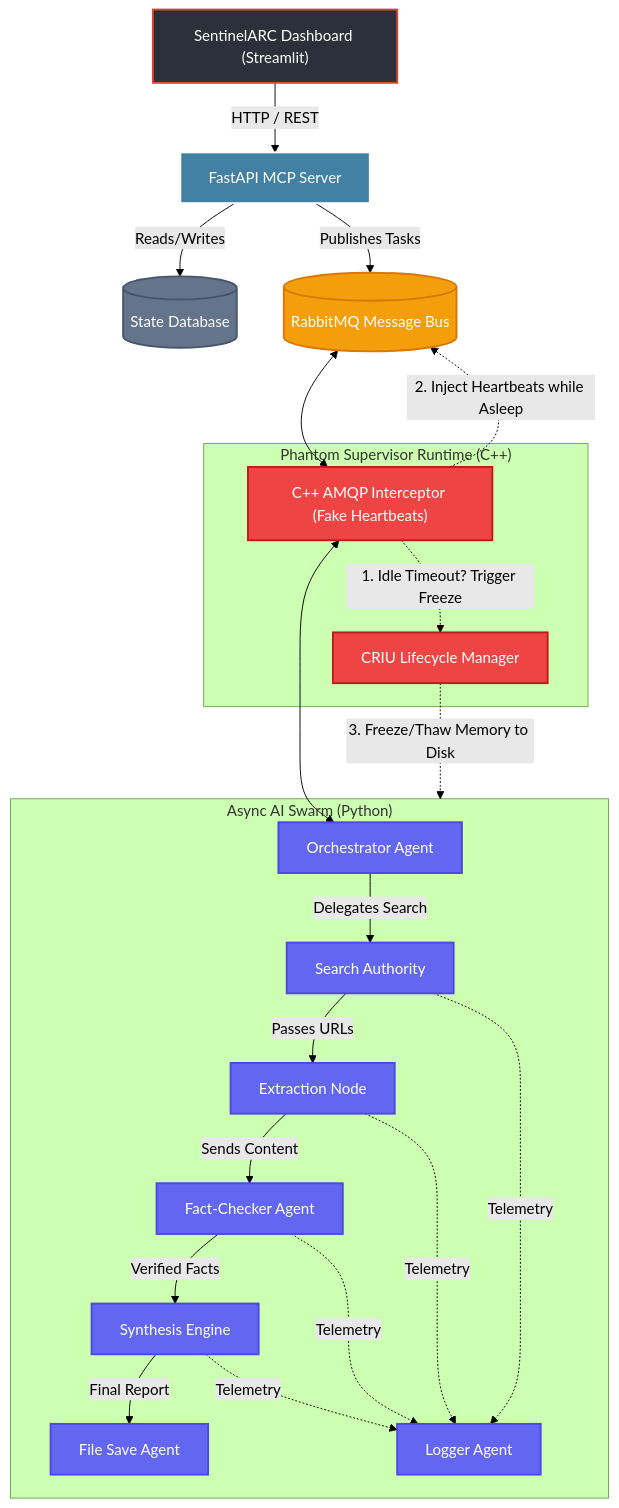
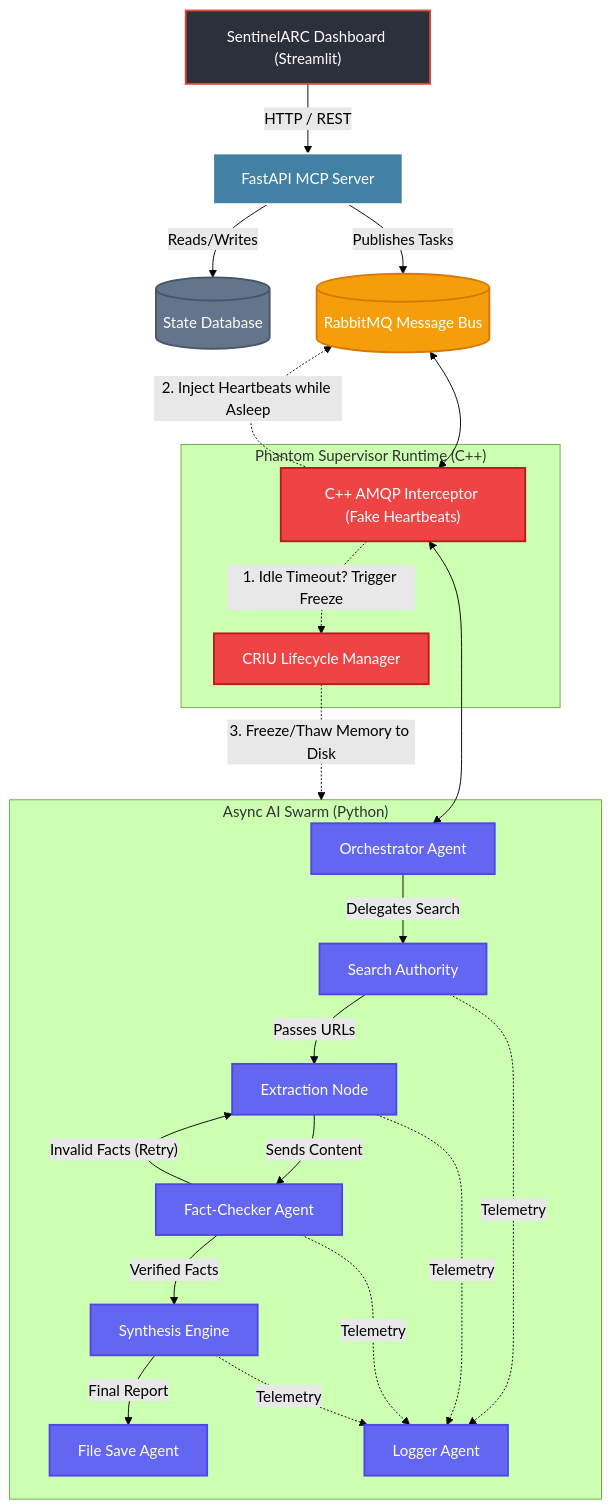
The diagram in README.md (Ashishparmar265/SentinelARC), drawn with Mermaid (forest theme) before and after one commit.

Commit message:
Add 'Invalid Facts (Retry)' transition to flow

````diff
--- a/README.md
+++ b/README.md
@@ -16,52 +16,53 @@
 ```mermaid
 flowchart TD
     %% Styles
     classDef frontend fill:#2b303a,color:#fff,stroke:#d64933,stroke-width:2px;
     classDef backend fill:#4281a4,color:#fff,stroke:#fff,stroke-width:2px;
     classDef broker fill:#f59e0b,color:#fff,stroke:#d97706,stroke-width:2px;
     classDef cpp fill:#ef4444,color:#fff,stroke:#b91c1c,stroke-width:2px;
     classDef python fill:#6366f1,color:#fff,stroke:#4f46e5,stroke-width:2px;
     classDef storage fill:#64748b,color:#fff,stroke:#475569,stroke-width:2px;
 
     UI["SentinelARC Dashboard (Streamlit)"]:::frontend
     FAST["FastAPI MCP Server"]:::backend
     DB[("State Database")]:::storage
     RMQ[("RabbitMQ Message Bus")]:::broker
 
     UI -->|"HTTP / REST"| FAST
     FAST -->|"Reads/Writes"| DB
     FAST -->|"Publishes Tasks"| RMQ
 
     subgraph Phantom_Supervisor["Phantom Supervisor Runtime (C++)"]
         PROXY["C++ AMQP Interceptor (Fake Heartbeats)"]:::cpp
         CRIU["CRIU Lifecycle Manager"]:::cpp
     end
 
     subgraph AI_Swarm["Async AI Swarm (Python)"]
         ORC["Orchestrator Agent"]:::python
         SA["Search Authority"]:::python
         EX["Extraction Node"]:::python
         FC["Fact-Checker Agent"]:::python
         SYN["Synthesis Engine"]:::python
         FS["File Save Agent"]:::python
         LOG["Logger Agent"]:::python
         
         ORC -->|"Delegates Search"| SA
         SA -->|"Passes URLs"| EX
         EX -->|"Sends Content"| FC
+        FC -->|"Invalid Facts (Retry)"| EX
         FC -->|"Verified Facts"| SYN
         SYN -->|"Final Report"| FS
         
         SA -.->|"Telemetry"| LOG
         EX -.->|"Telemetry"| LOG
         FC -.->|"Telemetry"| LOG
         SYN -.->|"Telemetry"| LOG
     end
 
     RMQ <--> PROXY
     PROXY <--> ORC
     
     PROXY -.->|"1. Idle Timeout? Trigger Freeze"| CRIU
     PROXY -.->|"2. Inject Heartbeats while Asleep"| RMQ
     CRIU -.->|"3. Freeze/Thaw Memory to Disk"| AI_Swarm
 ```
````
